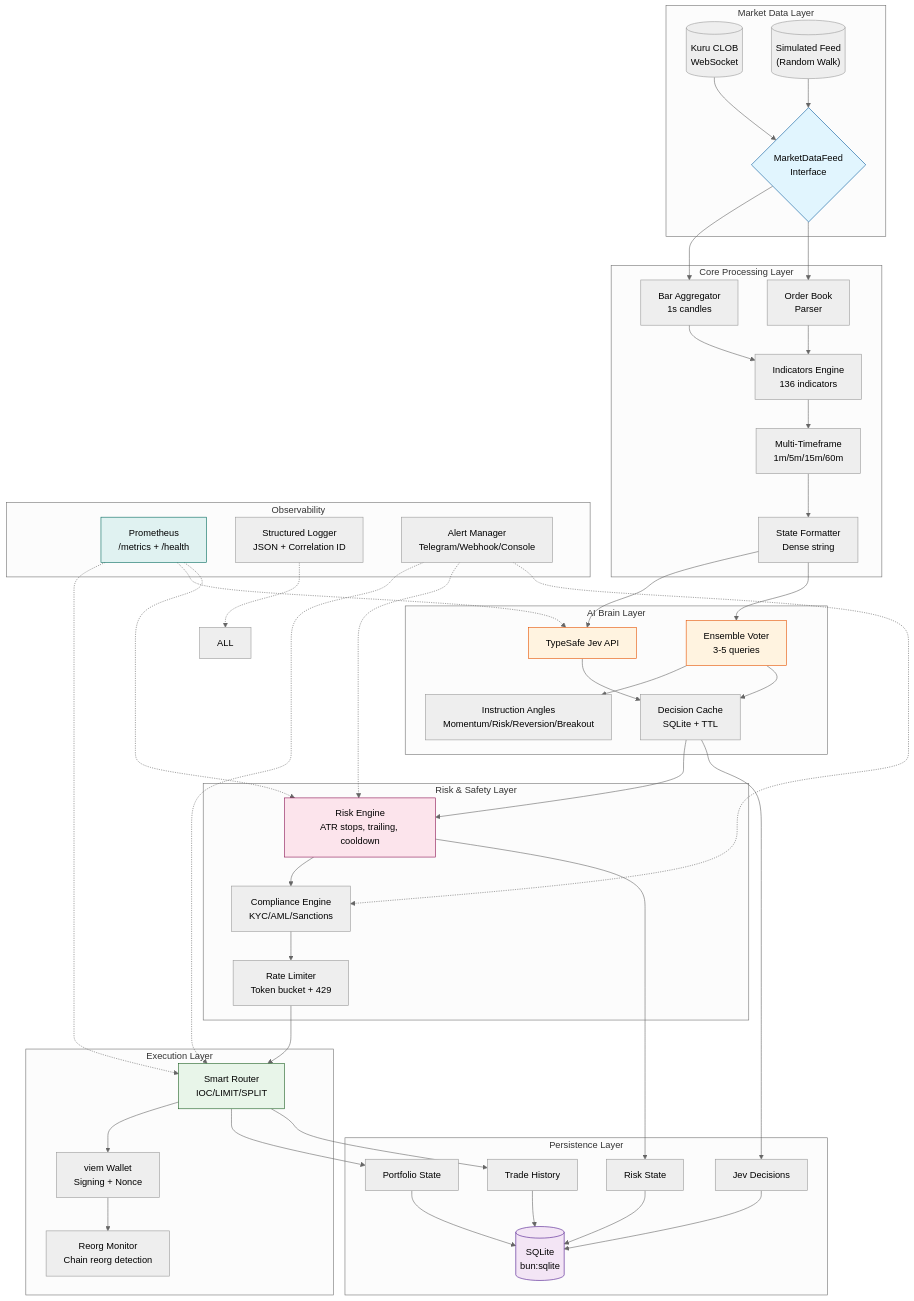
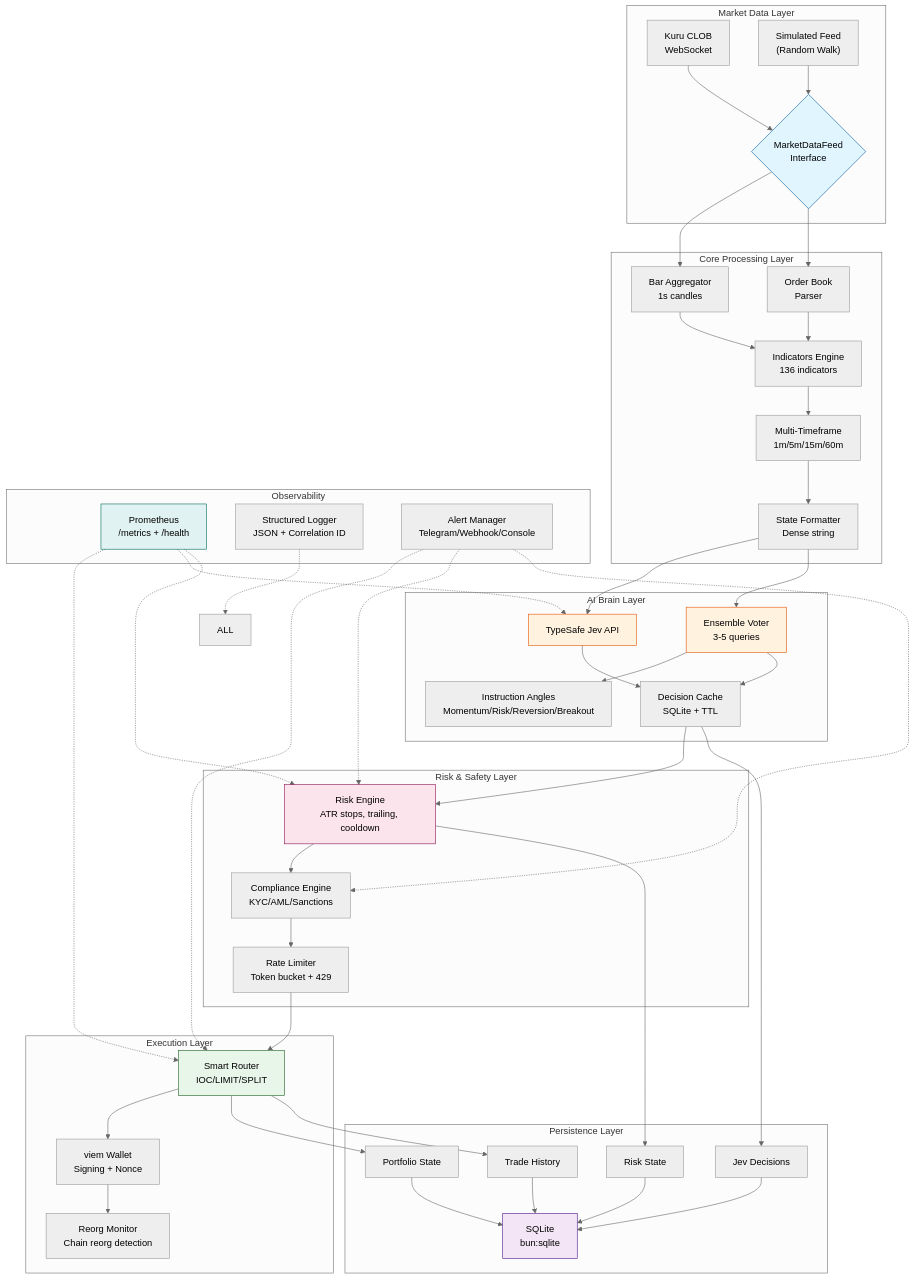
The diagram in docs/architecture/architecture.mmd (sudish80/Cerebro), drawn with Mermaid (neutral theme) before and after one commit. The commit also changed 3 other files, not shown here.

First line of the commit message:
docs: fix Mermaid diagrams for GitHub compatibility

```diff
--- a/docs/architecture/architecture.mmd
+++ b/docs/architecture/architecture.mmd
@@ -1,90 +1,90 @@
 flowchart TB
     subgraph MarketData["Market Data Layer"]
-        WS[("Kuru CLOB\nWebSocket")]
-        SIM[("Simulated Feed\n(Random Walk)")]
-        FEED{MarketDataFeed<br/>Interface}
+        WS["Kuru CLOB<br/>WebSocket"]
+        SIM["Simulated Feed<br/>(Random Walk)"]
+        FEED{"MarketDataFeed<br/>Interface"}
     end
 
     subgraph Core["Core Processing Layer"]
-        BAR[Bar Aggregator\n1s candles]
-        OB[Order Book\nParser]
-        IND[Indicators Engine\n136 indicators]
-        MTF[Multi-Timeframe\n1m/5m/15m/60m]
-        FMT[State Formatter\nDense string]
+        BAR["Bar Aggregator<br/>1s candles"]
+        OB["Order Book<br/>Parser"]
+        IND["Indicators Engine<br/>136 indicators"]
+        MTF["Multi-Timeframe<br/>1m/5m/15m/60m"]
+        FMT["State Formatter<br/>Dense string"]
     end
 
     subgraph Brain["AI Brain Layer"]
-        JEV[TypeSafe Jev API]
-        ENS[Ensemble Voter\n3-5 queries]
-        ANGLE[Instruction Angles<br/>Momentum/Risk/Reversion/Breakout]
-        CACHE[Decision Cache\nSQLite + TTL]
+        JEV["TypeSafe Jev API"]
+        ENS["Ensemble Voter<br/>3-5 queries"]
+        ANGLE["Instruction Angles<br/>Momentum/Risk/Reversion/Breakout"]
+        CACHE["Decision Cache<br/>SQLite + TTL"]
     end
 
     subgraph Safety["Risk & Safety Layer"]
-        RISK[Risk Engine\nATR stops, trailing, cooldown]
-        COMP[Compliance Engine\nKYC/AML/Sanctions]
-        RL[Rate Limiter\nToken bucket + 429]
+        RISK["Risk Engine<br/>ATR stops, trailing, cooldown"]
+        COMP["Compliance Engine<br/>KYC/AML/Sanctions"]
+        RL["Rate Limiter<br/>Token bucket + 429"]
     end
 
     subgraph Execution["Execution Layer"]
-        EXEC[Smart Router\nIOC/LIMIT/SPLIT]
-        WALLET[viem Wallet\nSigning + Nonce]
-        REORG[Reorg Monitor\nChain reorg detection]
+        EXEC["Smart Router<br/>IOC/LIMIT/SPLIT"]
+        WALLET["viem Wallet<br/>Signing + Nonce"]
+        REORG["Reorg Monitor<br/>Chain reorg detection"]
     end
 
     subgraph Persistence["Persistence Layer"]
-        SQLITE[(SQLite\nbun:sqlite)]
-        PORT[Portfolio State]
-        RSTATE[Risk State]
-        TRADES[Trade History]
-        JDEC[Jev Decisions]
+        SQLITE["SQLite<br/>bun:sqlite"]
+        PORT["Portfolio State"]
+        RSTATE["Risk State"]
+        TRADES["Trade History"]
+        JDEC["Jev Decisions"]
     end
 
     subgraph Observability["Observability"]
-        MET[Prometheus\n/metrics + /health]
-        LOG[Structured Logger\nJSON + Correlation ID]
-        ALERT[Alert Manager\nTelegram/Webhook/Console]
+        MET["Prometheus<br/>/metrics + /health"]
+        LOG["Structured Logger<br/>JSON + Correlation ID"]
+        ALERT["Alert Manager<br/>Telegram/Webhook/Console"]
     end
 
     WS --> FEED
     SIM --> FEED
     FEED --> BAR
     FEED --> OB
     BAR --> IND
     OB --> IND
     IND --> MTF
     MTF --> FMT
     FMT --> JEV
     FMT --> ENS
     ENS --> ANGLE
     JEV --> CACHE
     ENS --> CACHE
     CACHE --> RISK
     RISK --> COMP
     COMP --> RL
     RL --> EXEC
     EXEC --> WALLET
     WALLET --> REORG
     EXEC --> PORT
     RISK --> RSTATE
     EXEC --> TRADES
     CACHE --> JDEC
     PORT --> SQLITE
     RSTATE --> SQLITE
     TRADES --> SQLITE
     JDEC --> SQLITE
     MET -.-> EXEC
     MET -.-> JEV
     MET -.-> RISK
     LOG -.-> ALL
     ALERT -.-> EXEC
     ALERT -.-> RISK
     ALERT -.-> COMP
 
     style FEED fill:#e1f5fe,stroke:#01579b
     style JEV fill:#fff3e0,stroke:#e65100
     style ENS fill:#fff3e0,stroke:#e65100
     style RISK fill:#fce4ec,stroke:#880e4f
     style EXEC fill:#e8f5e9,stroke:#1b5e20
     style SQLITE fill:#f3e5f5,stroke:#4a148c
     style MET fill:#e0f2f1,stroke:#00695c
```
